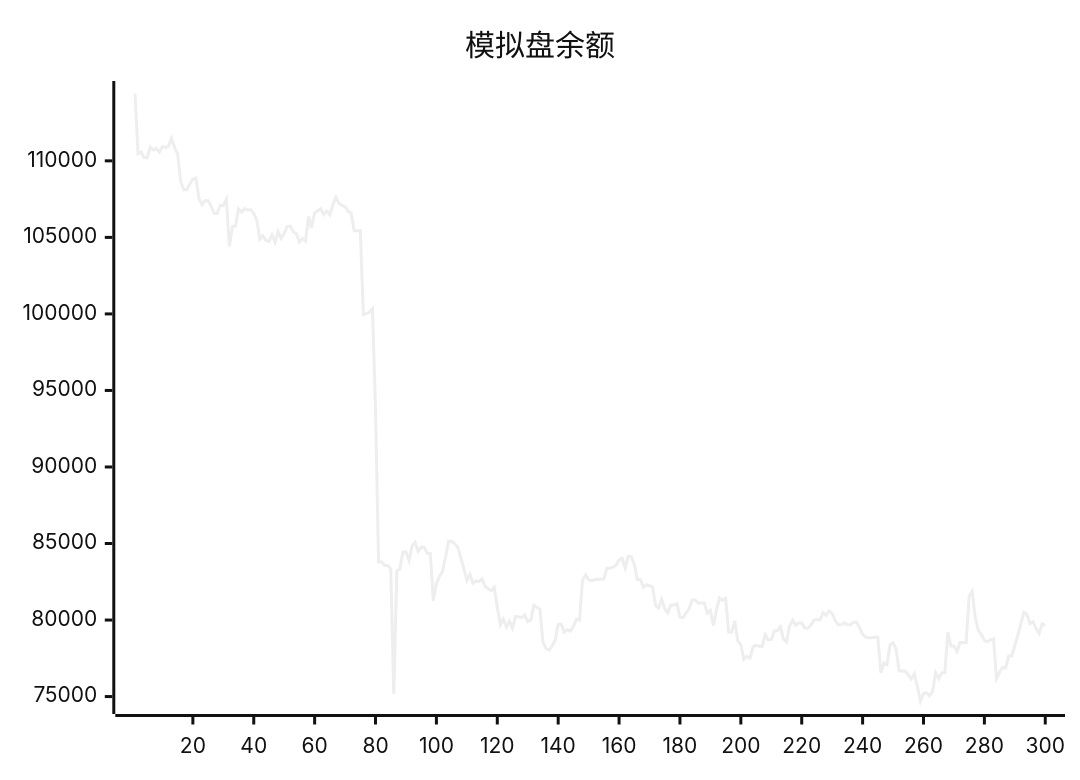
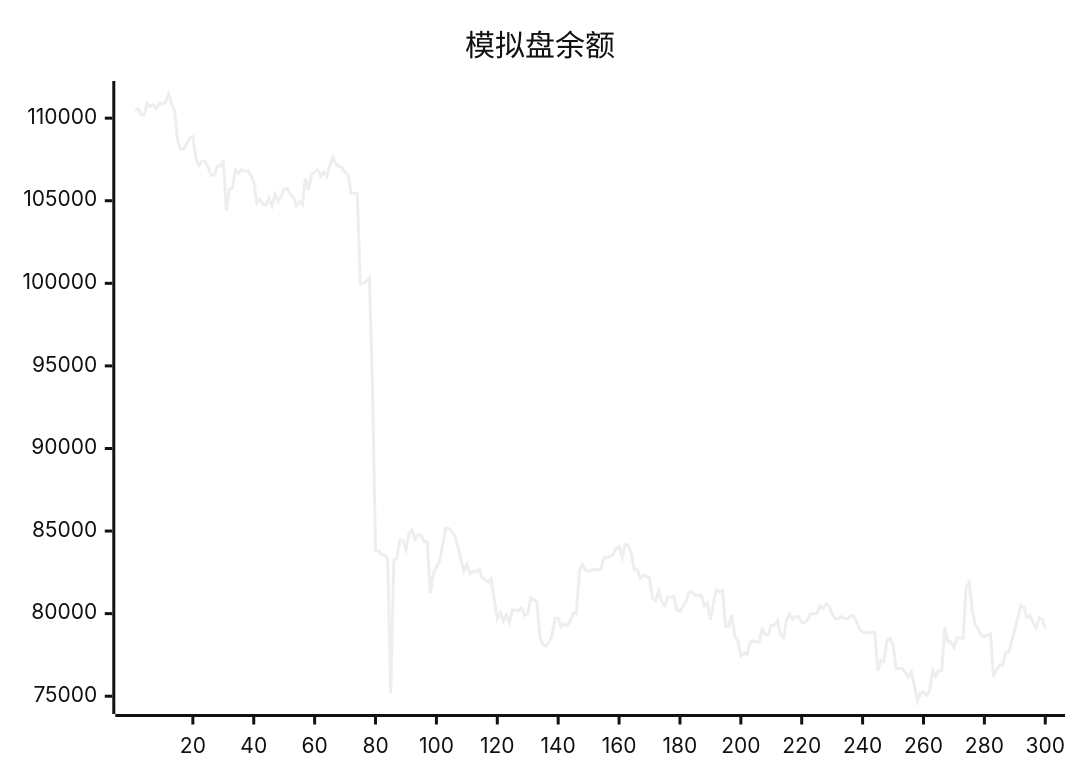
Before and after one commit to aahl/ai-trading: the diagram in README.md, drawn with Mermaid (neutral theme). The commit also changed other lines of this file and 1 other file, not shown here.

````diff
--- a/README.md
+++ b/README.md
@@ -5,5 +5,5 @@
 ```mermaid
 xychart
     title "模拟盘余额"
-    line [114384,110477,110576,110198,110198,110890,110712,110812,110569,110929,110847,110968,111478,110870,110433,108661,108116,108115,108485,108797,108877,107536,107134,107393,107393,107046,106565,106565,107081,107081,107478,104404,105715,105749,106866,106651,106889,106771,106816,106565,106141,104876,105103,104796,104734,105169,104690,105380,104941,105272,105709,105739,105374,105227,104691,104924,104762,106364,105628,106608,106748,106872,106485,106721,106468,107132,107620,107224,107080,107001,106717,106567,105431,105431,105440,99950,100017,100113,100337,93749,83795,83807,83567,83567,83342,75168,83222,83336,84448,84449,83896,84839,85065,84499,84757,84757,84364,84347,81254,82385,82835,83184,84099,85150,85150,85002,84751,84096,83356,82582,82983,82404,82572,82512,82688,82200,82047,81920,82125,80840,79688,80060,79552,79920,79470,80236,80208,80170,80336,79894,80006,80954,80837,80712,78561,78139,78037,78293,78682,79720,79720,79214,79372,79279,79591,80046,79993,82625,82950,82626,82571,82633,82670,82670,82681,83386,83378,83464,83579,83920,84037,83402,84160,84142,83652,82655,82655,82145,82315,82243,82163,80934,80770,81371,80742,80468,80989,80989,81067,80191,80155,80450,80737,81309,81309,81106,81119,81119,80471,80631,79624,80670,81448,81290,81429,79212,79222,79940,78643,78380,77432,77623,77504,78235,78358,78284,78277,79048,78714,78714,79290,79308,79567,78763,78563,79603,79988,79652,79813,79813,79476,79469,79673,79995,80015,80015,80486,80314,80600,80436,79966,79689,79689,79819,79692,79692,79850,79850,79518,79071,78889,78850,78850,78878,78878,76554,77202,77103,78357,78510,78106,76678,76677,76672,76411,76159,76485,75656,74695,75197,75246,75052,75334,76564,76179,76553,76551,79196,78300,78300,77944,78531,78531,78521,81564,81884,80160,79335,79055,78675,78580,78708,78764,76179,76586,76902,76876,77658,77669,78346,79023,79769,80497,80366,79761,79896,79448,79126,79749,79658]
+    line [110477,110576,110198,110198,110890,110712,110812,110569,110929,110847,110968,111478,110870,110433,108661,108116,108115,108485,108797,108877,107536,107134,107393,107393,107046,106565,106565,107081,107081,107478,104404,105715,105749,106866,106651,106889,106771,106816,106565,106141,104876,105103,104796,104734,105169,104690,105380,104941,105272,105709,105739,105374,105227,104691,104924,104762,106364,105628,106608,106748,106872,106485,106721,106468,107132,107620,107224,107080,107001,106717,106567,105431,105431,105440,99950,100017,100113,100337,93749,83795,83807,83567,83567,83342,75168,83222,83336,84448,84449,83896,84839,85065,84499,84757,84757,84364,84347,81254,82385,82835,83184,84099,85150,85150,85002,84751,84096,83356,82582,82983,82404,82572,82512,82688,82200,82047,81920,82125,80840,79688,80060,79552,79920,79470,80236,80208,80170,80336,79894,80006,80954,80837,80712,78561,78139,78037,78293,78682,79720,79720,79214,79372,79279,79591,80046,79993,82625,82950,82626,82571,82633,82670,82670,82681,83386,83378,83464,83579,83920,84037,83402,84160,84142,83652,82655,82655,82145,82315,82243,82163,80934,80770,81371,80742,80468,80989,80989,81067,80191,80155,80450,80737,81309,81309,81106,81119,81119,80471,80631,79624,80670,81448,81290,81429,79212,79222,79940,78643,78380,77432,77623,77504,78235,78358,78284,78277,79048,78714,78714,79290,79308,79567,78763,78563,79603,79988,79652,79813,79813,79476,79469,79673,79995,80015,80015,80486,80314,80600,80436,79966,79689,79689,79819,79692,79692,79850,79850,79518,79071,78889,78850,78850,78878,78878,76554,77202,77103,78357,78510,78106,76678,76677,76672,76411,76159,76485,75656,74695,75197,75246,75052,75334,76564,76179,76553,76551,79196,78300,78300,77944,78531,78531,78521,81564,81884,80160,79335,79055,78675,78580,78708,78764,76179,76586,76902,76876,77658,77669,78346,79023,79769,80497,80366,79761,79896,79448,79126,79749,79658,79097]
 ```
````
